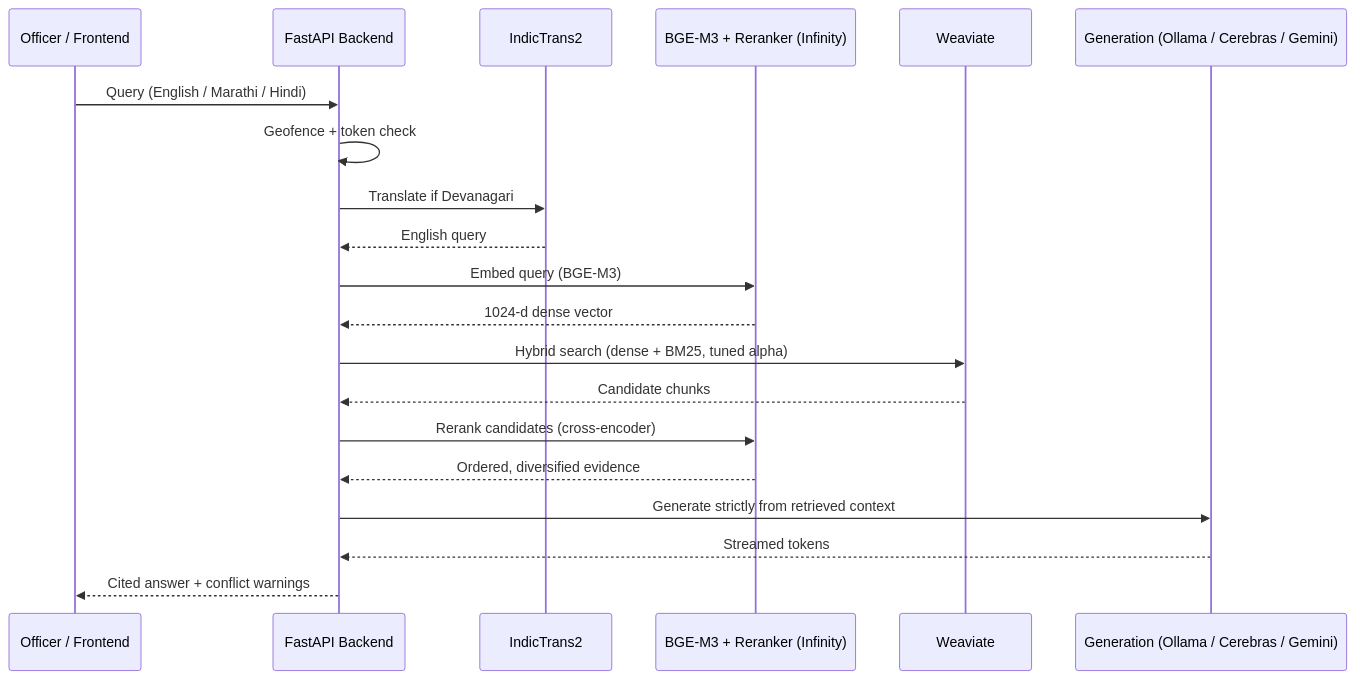
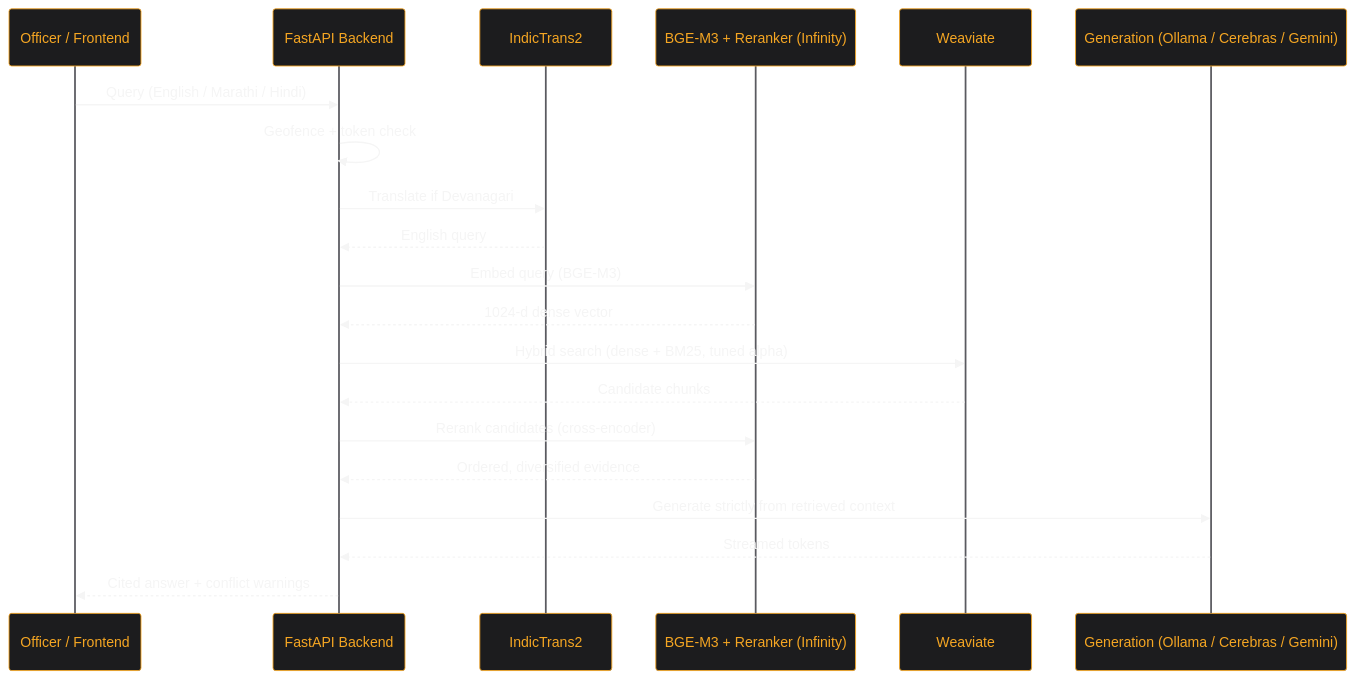
Before and after one commit to pushkqr/gov-assist-rag: the first of 4 diagrams in README.md, drawn with Mermaid. The commit also changed other lines of this file and 1 other file, not shown here.

First line of the commit message:
docs: theme the diagrams and add the two the deck was missing

````diff
--- a/README.md
+++ b/README.md
@@ -47,23 +47,49 @@
 ```mermaid
+%%{init: {
+  'theme': 'base',
+  'themeVariables': {
+    'primaryColor': '#1C1C1E',
+    'primaryTextColor': '#F5F5F5',
+    'primaryBorderColor': '#F5A623',
+    'lineColor': '#F5A623',
+    'secondaryColor': '#2A2A2E',
+    'tertiaryColor': '#141416',
+    'fontFamily': 'Helvetica, Arial, sans-serif',
+    'fontSize': '14px',
+    'actorBkg': '#1C1C1E',
+    'actorBorder': '#F5A623',
+    'actorTextColor': '#F5A623',
+    'actorLineColor': '#5A5A60',
+    'signalColor': '#F5F5F5',
+    'signalTextColor': '#F5F5F5',
+    'labelBoxBkgColor': '#1C1C1E',
+    'labelBoxBorderColor': '#F5A623',
+    'labelTextColor': '#F5F5F5',
+    'noteBkgColor': '#2A2A2E',
+    'noteBorderColor': '#F5A623',
+    'noteTextColor': '#F5F5F5',
+    'sequenceNumberColor': '#141416'
+  }
+} }%%
 sequenceDiagram
     participant User as Officer / Frontend
     participant API as FastAPI Backend
     participant Trans as IndicTrans2
     participant Embed as BGE-M3 + Reranker (Infinity)
     participant DB as Weaviate
     participant LLM as Generation (Ollama / Cerebras / Gemini)
 
     User->>API: Query (English / Marathi / Hindi)
     API->>API: Geofence + token check
     API->>Trans: Translate if Devanagari
     Trans-->>API: English query
     API->>Embed: Embed query (BGE-M3)
     Embed-->>API: 1024-d dense vector
     API->>DB: Hybrid search (dense + BM25, tuned alpha)
     DB-->>API: Candidate chunks
     API->>Embed: Rerank candidates (cross-encoder)
     Embed-->>API: Ordered, diversified evidence
     API->>LLM: Generate strictly from retrieved context
     LLM-->>API: Streamed tokens
     API-->>User: Cited answer + conflict warnings
 ```
````
